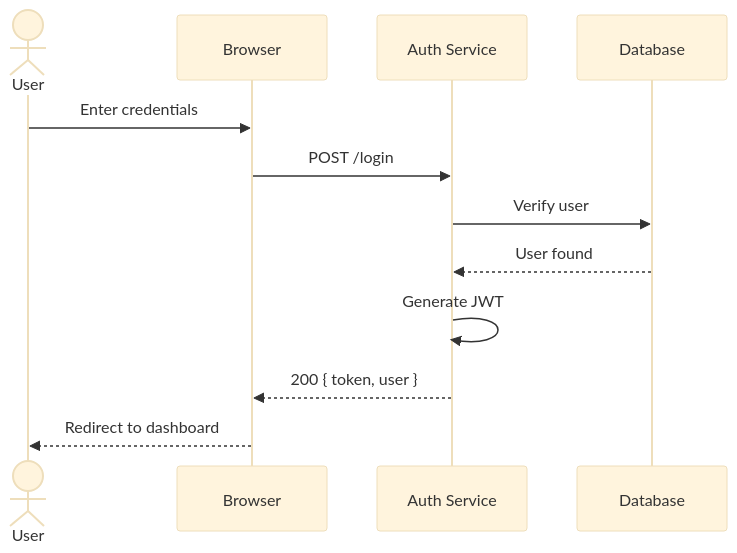
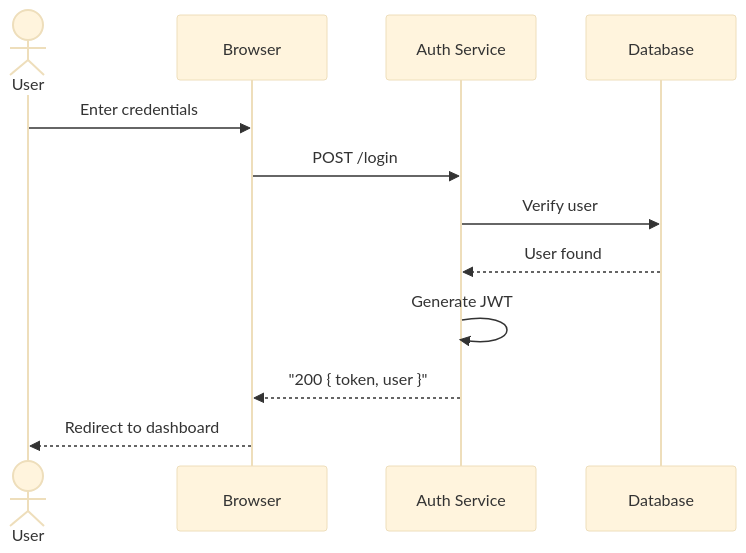
The second of 3 diagrams in test/all-markdown-elements.md (happytomatoe/pi-open-message-in-browser), drawn with Mermaid (base theme) before and after one commit. The commit also changed other lines of this file and 11 other files, not shown here.

Commit message:
refactor(mdopen): integrate mermaid validation and structural rendering

````diff
--- a/test/all-markdown-elements.md
+++ b/test/all-markdown-elements.md
@@ -180,15 +180,15 @@
 ```mermaid
 sequenceDiagram
     actor U as User
     participant UI as Browser
     participant API as Auth Service
     participant DB as Database
 
     U->>UI: Enter credentials
     UI->>API: POST /login
     API->>DB: Verify user
     DB-->>API: User found
     API->>API: Generate JWT
-    API-->>UI: 200 { token, user }
+    API-->>UI: "200 { token, user }"
     UI-->>U: Redirect to dashboard
 ```
````
